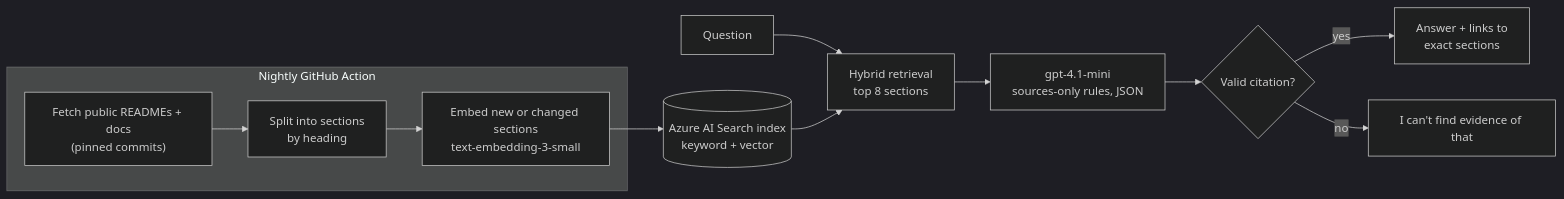
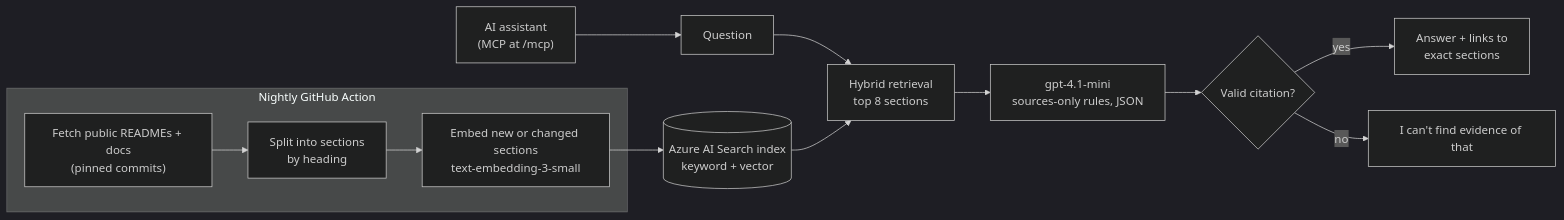
The diagram in README.md (BBSISK/ask-barry), drawn with Mermaid (dark theme) before and after one commit. The commit also changed other lines of this file and 6 other files, not shown here.

````diff
--- a/README.md
+++ b/README.md
@@ -53,14 +55,15 @@
 ```mermaid
 flowchart LR
     subgraph Nightly["Nightly GitHub Action"]
         F["Fetch public READMEs + docs<br/>(pinned commits)"] --> C["Split into sections<br/>by heading"]
         C --> E["Embed new or changed sections<br/>text-embedding-3-small"]
     end
     E --> I[("Azure AI Search index<br/>keyword + vector")]
     Q["Question"] --> R["Hybrid retrieval<br/>top 8 sections"]
     I --> R
     R --> G["gpt-4.1-mini<br/>sources-only rules, JSON"]
     G --> V{"Valid citation?"}
     V -- yes --> A["Answer + links to<br/>exact sections"]
     V -- no --> N["I can't find evidence of that"]
+    M["AI assistant<br/>(MCP at /mcp)"] --> Q
 ```
````
